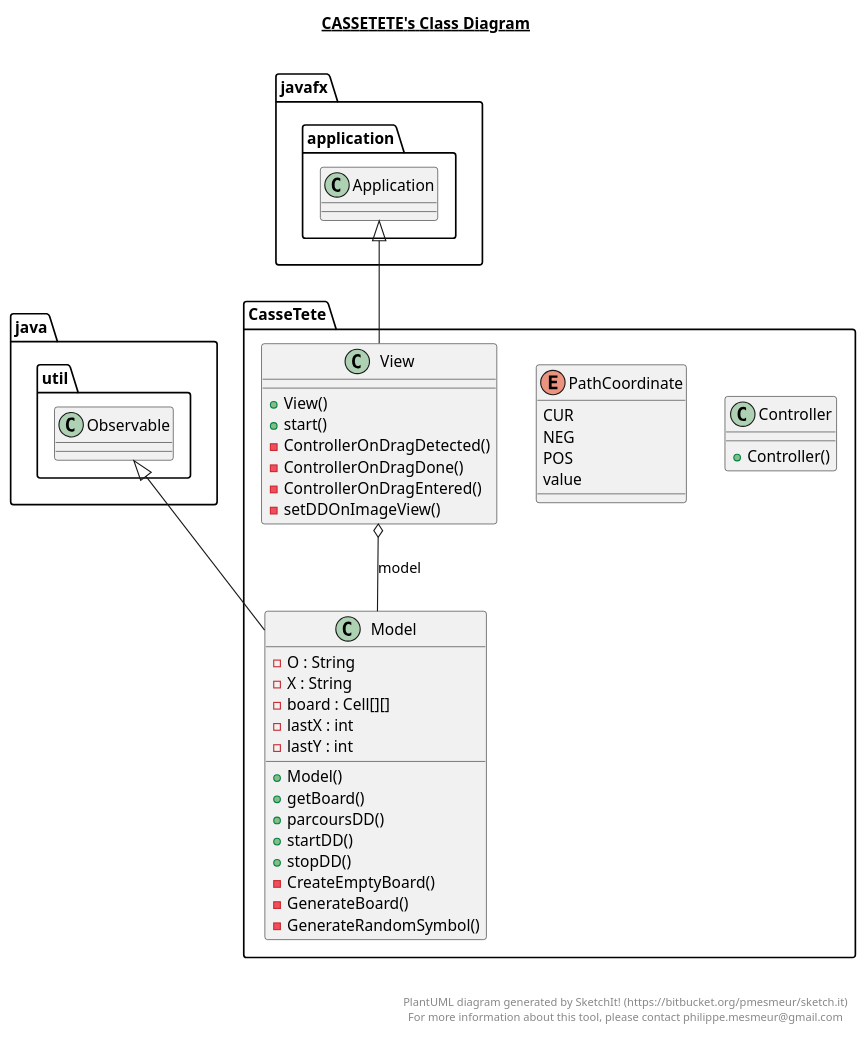
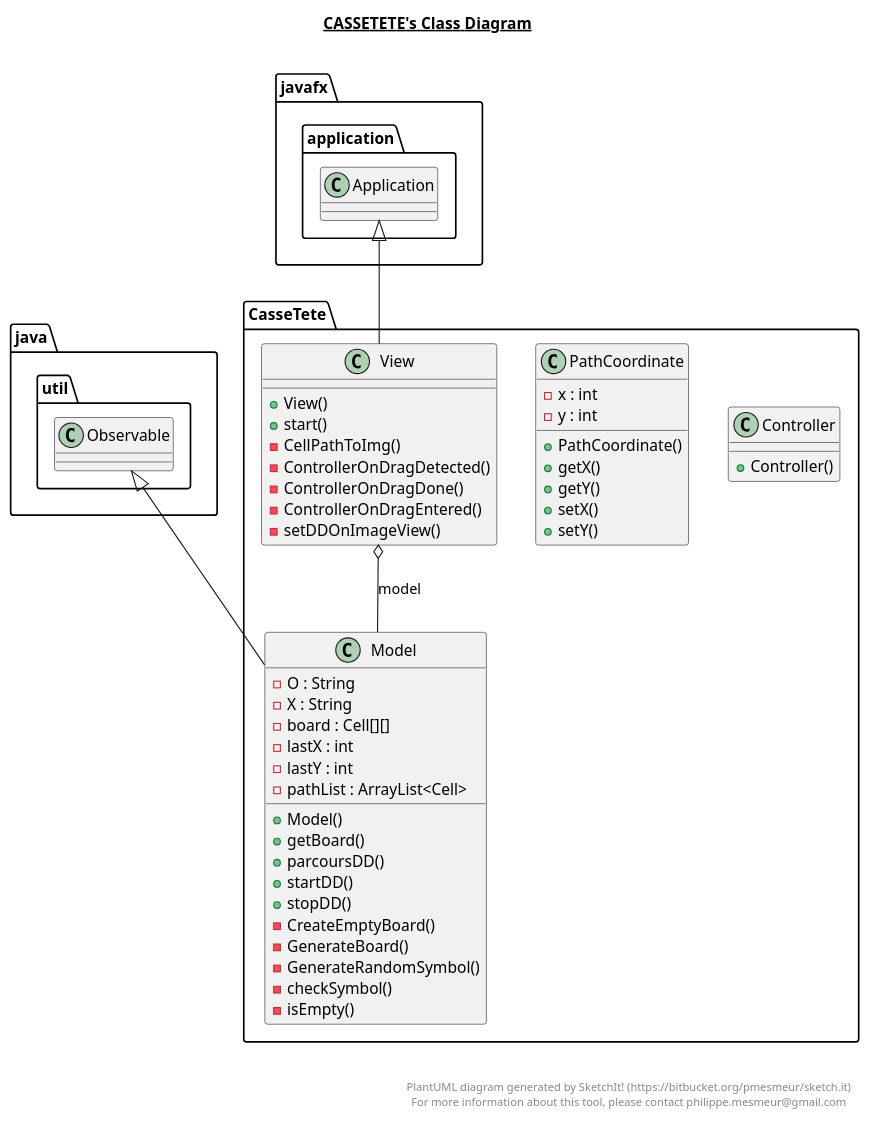
The diagram in src/CasseTete/CasseTete.plantuml (Mex21/CasseTete), drawn with PlantUML before and after one commit. The commit also changed 9 other files, not shown here.

```diff
--- a/src/CasseTete/CasseTete.plantuml
+++ b/src/CasseTete/CasseTete.plantuml
@@ -1,73 +1,72 @@
 @startuml
 
 title __CASSETETE's Class Diagram__\n
 
-
-    namespace CasseTete {
-      class CasseTete.Controller {
-          + Controller()
-      }
+  namespace CasseTete {
+    class CasseTete.Controller {
+        + Controller()
     }
-
+  }
   
 
-
-    namespace CasseTete {
-      class CasseTete.Model {
-          - O : String
-          - X : String
-          - board : Cell[][]
-          - lastX : int
-          - lastY : int
-          + Model()
-          + getBoard()
-          + parcoursDD()
-          + startDD()
-          + stopDD()
-          - CreateEmptyBoard()
-          - GenerateBoard()
-          - GenerateRandomSymbol()
-      }
+  namespace CasseTete {
+    class CasseTete.Model {
+        - O : String
+        - X : String
+        - board : Cell[][]
+        - lastX : int
+        - lastY : int
+        - pathList : ArrayList<Cell>
+        + Model()
+        + getBoard()
+        + parcoursDD()
+        + startDD()
+        + stopDD()
+        - CreateEmptyBoard()
+        - GenerateBoard()
+        - GenerateRandomSymbol()
+        - checkSymbol()
+        - isEmpty()
     }
-
+  }
   
 
-
-    namespace CasseTete {
-      enum PathCoordinate {
-        CUR
-        NEG
-        POS
-        value
-      }
+  namespace CasseTete {
+    class CasseTete.PathCoordinate {
+        - x : int
+        - y : int
+        + PathCoordinate()
+        + getX()
+        + getY()
+        + setX()
+        + setY()
     }
-
+  }
   
 
-
-    namespace CasseTete {
-      class CasseTete.View {
-          + View()
-          + start()
-          - ControllerOnDragDetected()
-          - ControllerOnDragDone()
-          - ControllerOnDragEntered()
-          - setDDOnImageView()
-      }
+  namespace CasseTete {
+    class CasseTete.View {
+        + View()
+        + start()
+        - CellPathToImg()
+        - ControllerOnDragDetected()
+        - ControllerOnDragDone()
+        - ControllerOnDragEntered()
+        - setDDOnImageView()
     }
-
+  }
   
 
   CasseTete.Model -up-|> java.util.Observable
   CasseTete.View -up-|> javafx.application.Application
   CasseTete.View o-- CasseTete.Model : model
 
 
 right footer
 
 
 PlantUML diagram generated by SketchIt! (https://bitbucket.org/pmesmeur/sketch.it)
 For more information about this tool, please contact philippe.mesmeur@gmail.com
 endfooter
 
 @enduml
```
